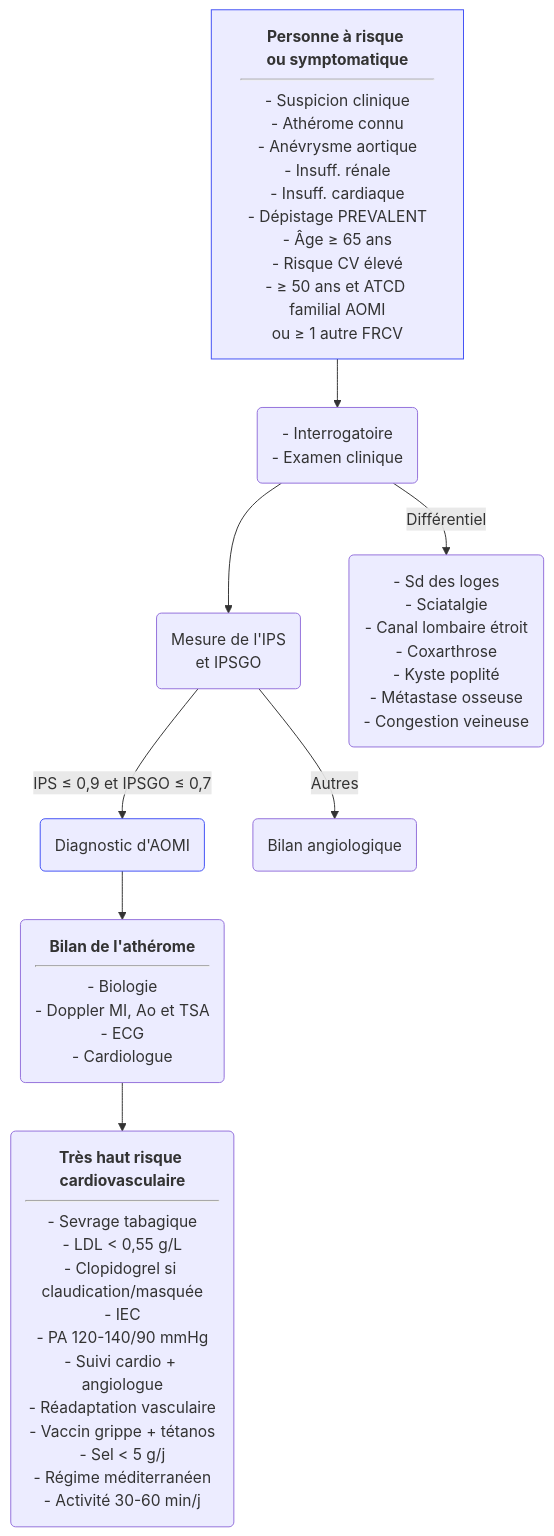
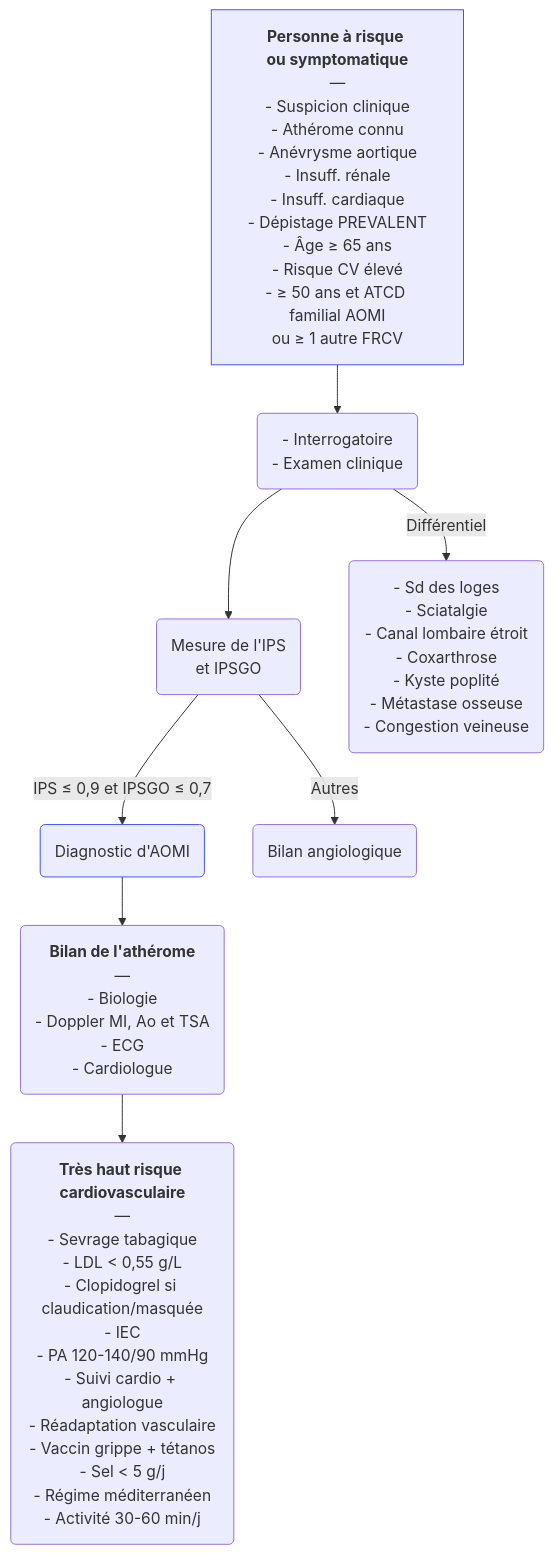
The diagram in content/recommandations/arteriopathie-obliterante-membres-inferieurs.md (djibe/recommandations-medicales), drawn with Mermaid before and after one commit. The commit also changed 51 other files, not shown here.

```diff
--- a/content/recommandations/arteriopathie-obliterante-membres-inferieurs.md
+++ b/content/recommandations/arteriopathie-obliterante-membres-inferieurs.md
@@ -310,13 +310,13 @@
 {{< mermaid title="Conduite à tenir pour le dépistage de l'AOMI. Dr JB Fron d'après SFMV 2020 et ESC 2017" >}}
 graph TB
 accTitle: Prise en charge diagnostique de l'artériopathie oblitérante des membres inférieurs (AOMI) d'après SFMV 2020 et ESC 2017
-  depister["<b>Personne à risque</b> <br><b>ou symptomatique</b><hr>- Suspicion clinique<br>- Athérome connu<br>- Anévrysme aortique<br>- Insuff. rénale<br>- Insuff. cardiaque<br>- Dépistage PREVALENT<br>- Âge ≥ 65 ans<br>- Risque CV élevé<br>- ≥ 50 ans et ATCD familial AOMI<br>ou ≥ 1 autre FRCV"] --> clinique("- Interrogatoire<br>- Examen clinique")
+  depister["<b>Personne à risque</b> <br><b>ou symptomatique</b><br>—<br>- Suspicion clinique<br>- Athérome connu<br>- Anévrysme aortique<br>- Insuff. rénale<br>- Insuff. cardiaque<br>- Dépistage PREVALENT<br>- Âge ≥ 65 ans<br>- Risque CV élevé<br>- ≥ 50 ans et ATCD familial AOMI<br>ou ≥ 1 autre FRCV"] --> clinique("- Interrogatoire<br>- Examen clinique")
   style depister stroke:#4150f5, stroke-width:1px
     clinique --> ips("Mesure de l'IPS<br>et IPSGO")
       ips -- "IPS ≤ 0,9 et IPSGO ≤ 0,7" --> AOMI(Diagnostic d'AOMI)
       style AOMI stroke:#4150f5, stroke-width:1px
-        AOMI --> bilan("<b>Bilan de l'athérome</b><hr>- Biologie<br>- Doppler MI, Ao et TSA<br>- ECG<br>- Cardiologue")
-          bilan --> ttt("<b>Très haut risque cardiovasculaire</b><hr>- Sevrage tabagique<br>- LDL &lt; 0,55 g/L<br>- Clopidogrel si claudication/masquée<br>- IEC<br>- PA 120-140/90 mmHg<br>- Suivi cardio + angiologue<br>- Réadaptation vasculaire<br>- Vaccin grippe + tétanos<br>- Sel &lt; 5 g/j<br>- Régime méditerranéen<br>- Activité 30-60 min/j")
+        AOMI --> bilan("<b>Bilan de l'athérome</b><br>—<br>- Biologie<br>- Doppler MI, Ao et TSA<br>- ECG<br>- Cardiologue")
+          bilan --> ttt("<b>Très haut risque cardiovasculaire</b><br>—<br>- Sevrage tabagique<br>- LDL &lt; 0,55 g/L<br>- Clopidogrel si claudication/masquée<br>- IEC<br>- PA 120-140/90 mmHg<br>- Suivi cardio + angiologue<br>- Réadaptation vasculaire<br>- Vaccin grippe + tétanos<br>- Sel &lt; 5 g/j<br>- Régime méditerranéen<br>- Activité 30-60 min/j")
       ips -- "Autres" --> doppler(Bilan angiologique)
     clinique -- Différentiel --> diff("- Sd des loges<br>- Sciatalgie<br>- Canal lombaire étroit<br>- Coxarthrose<br>- Kyste poplité<br>- Métastase osseuse<br>- Congestion veineuse")
 {{< /mermaid >}}
```
